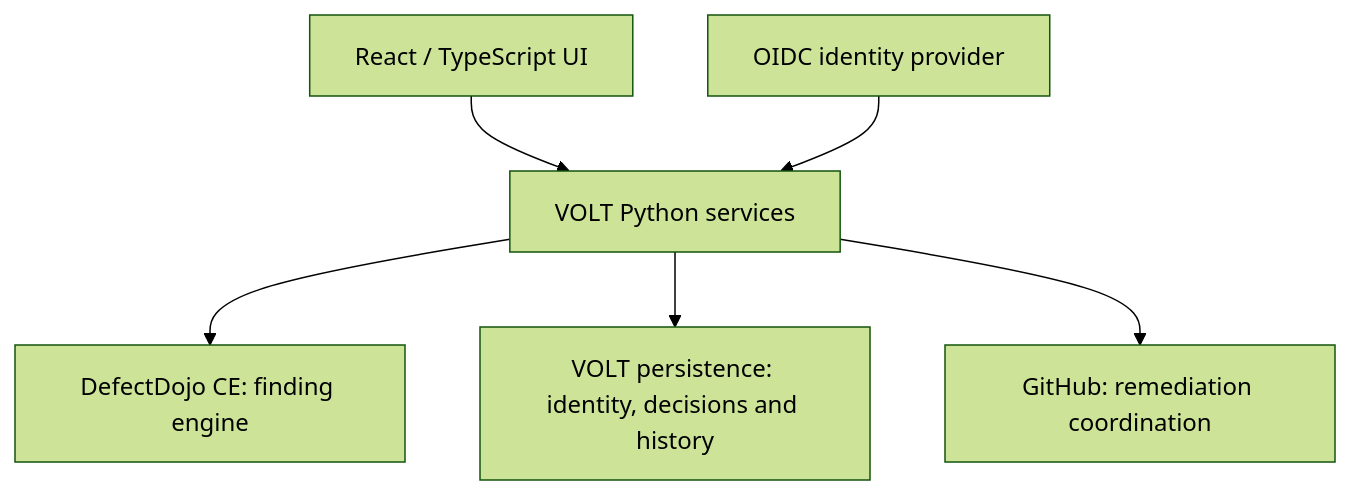
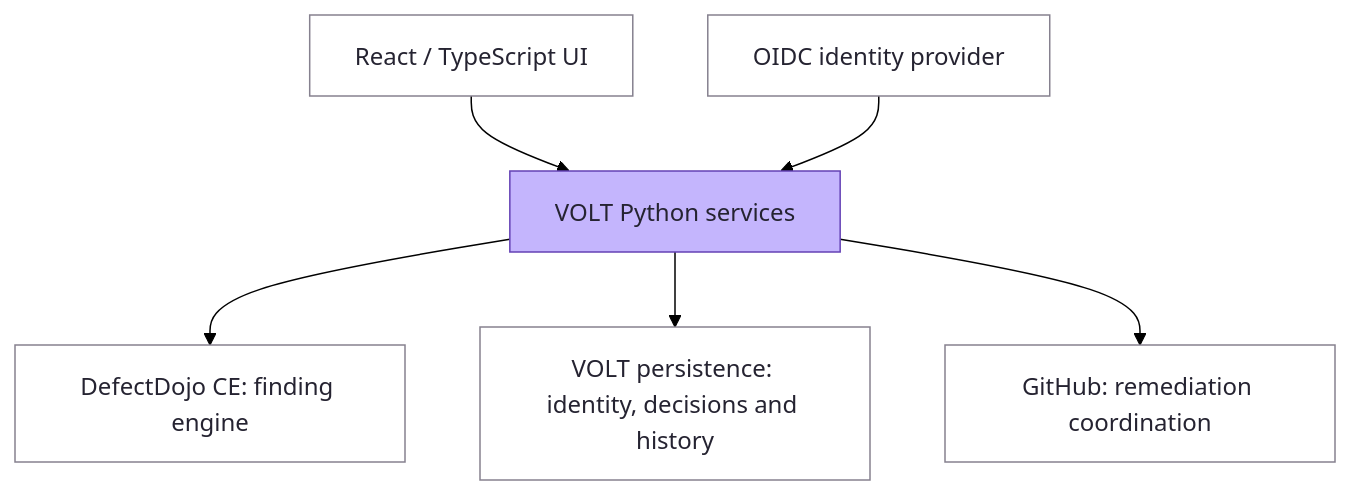
Before and after one commit to njvenis/volt: the diagram in README.md, drawn with Mermaid (forest theme).

Commit message:
docs: apply VOLT palette to architecture diagram

````diff
--- a/README.md
+++ b/README.md
@@ -91,8 +91,12 @@
 ```mermaid
 flowchart TD
     UI["React / TypeScript UI"] --> VOLT["VOLT Python services"]
     VOLT --> CE["DefectDojo CE: finding engine"]
     VOLT --> STATE["VOLT persistence: identity, decisions and history"]
     VOLT --> GH["GitHub: remediation coordination"]
     IDP["OIDC identity provider"] --> VOLT
+    classDef surface fill:#FFFFFF,stroke:#86818F,color:#252331
+    classDef primary fill:#C4B5FD,stroke:#6442B5,color:#252331
+    class UI,CE,STATE,GH,IDP surface
+    class VOLT primary
 ```
````
